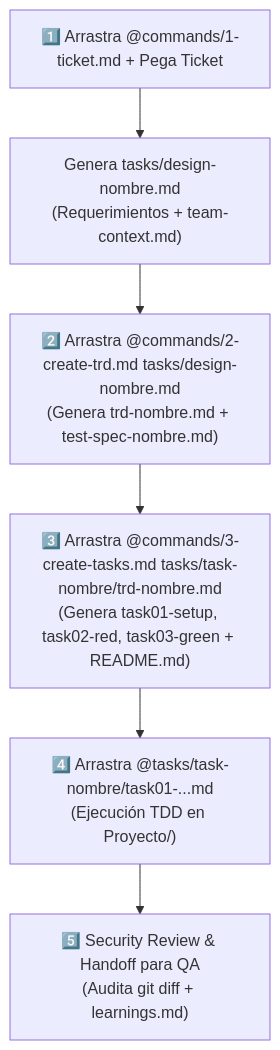
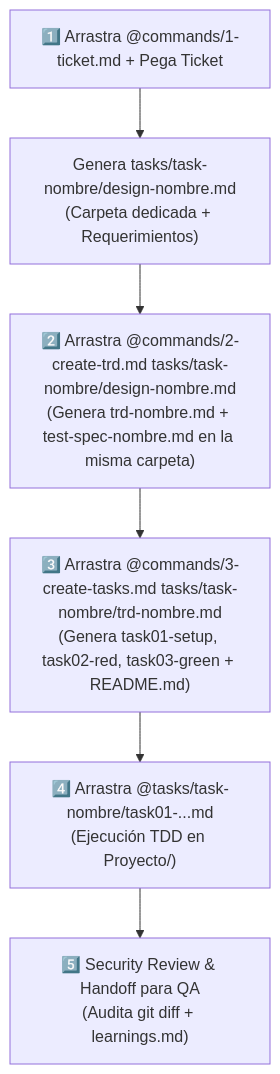
Before and after one commit to NXT-pixel/Faena: the diagram in AGENTS.md, drawn with Mermaid. The commit also changed other lines of this file and 7 other files, not shown here.

Commit message:
feat(tasks): Encapsulate all ticket documents inside tasks/task-<name>/ starting from 1-ticket

````diff
--- a/AGENTS.md
+++ b/AGENTS.md
@@ -40,8 +40,8 @@
 ```mermaid
 flowchart TD
-    T["1️⃣ Arrastra @commands/1-ticket.md + Pega Ticket"] --> P1["Genera tasks/design-nombre.md\n(Requerimientos + team-context.md)"]
-    P1 --> P2["2️⃣ Arrastra @commands/2-create-trd.md tasks/design-nombre.md\n(Genera trd-nombre.md + test-spec-nombre.md)"]
+    T["1️⃣ Arrastra @commands/1-ticket.md + Pega Ticket"] --> P1["Genera tasks/task-nombre/design-nombre.md\n(Carpeta dedicada + Requerimientos)"]
+    P1 --> P2["2️⃣ Arrastra @commands/2-create-trd.md tasks/task-nombre/design-nombre.md\n(Genera trd-nombre.md + test-spec-nombre.md en la misma carpeta)"]
     P2 --> P3["3️⃣ Arrastra @commands/3-create-tasks.md tasks/task-nombre/trd-nombre.md\n(Genera task01-setup, task02-red, task03-green + README.md)"]
     P3 --> P4["4️⃣ Arrastra @tasks/task-nombre/task01-...md\n(Ejecución TDD en Proyecto/)"]
     P4 --> P5["5️⃣ Security Review & Handoff para QA\n(Audita git diff + learnings.md)"]
 ```
````
